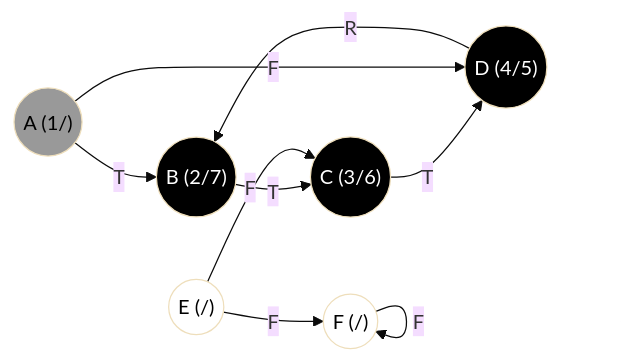
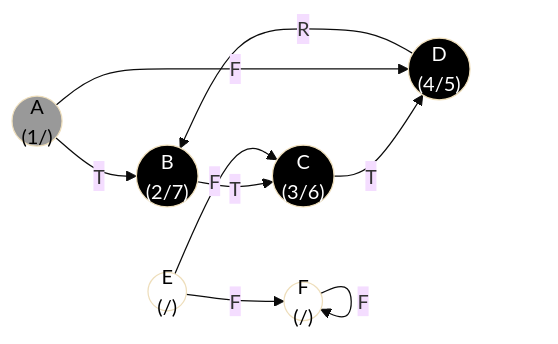
One commit to UFMG-Organizacao-de-Disciplinas/DCC865-Projeto_e_Analise_de_Algoritmos changed diagram 13 of 27 in 2024.2/Materiais enviados/Listas/Resoluções/Lista 3.md. Above: the diagram before and after it, drawn with Mermaid (base theme). The commit also changed other lines of this file and 1 other file, not shown here.

````diff
--- a/2024.2/Materiais enviados/Listas/Resoluções/Lista 3.md
+++ b/2024.2/Materiais enviados/Listas/Resoluções/Lista 3.md
@@ -649,28 +652,28 @@
 ```mermaid
 graph LR
     %% Coloração: fundo branco, texto preto
     style A fill:#999,color:#000
     style B fill:#000,color:#fff
     style C fill:#000,color:#fff
     style D fill:#000,color:#fff
     style E fill:#fff,color:#000
     style F fill:#fff,color:#000
     
     %% Vértices
-    A(("A (1/)"))
-    B(("B (2/7)"))
-    C(("C (3/6)"))
-    D(("D (4/5)"))
-    E(("E (/)"))
-    F(("F (/)"))
+    A(("A <br> (1/)"))
+    B(("B <br> (2/7)"))
+    C(("C <br> (3/6)"))
+    D(("D <br> (4/5)"))
+    E(("E <br> (/)"))
+    F(("F <br> (/)"))
 
     %% Arestas
     A -->|T| B
     B -->|T| C
     C -->|T| D
     A -->|F| D
     D -->|R| B
     E -->|F| C
     E -->|F| F
     F -->|F| F
 ```
````
